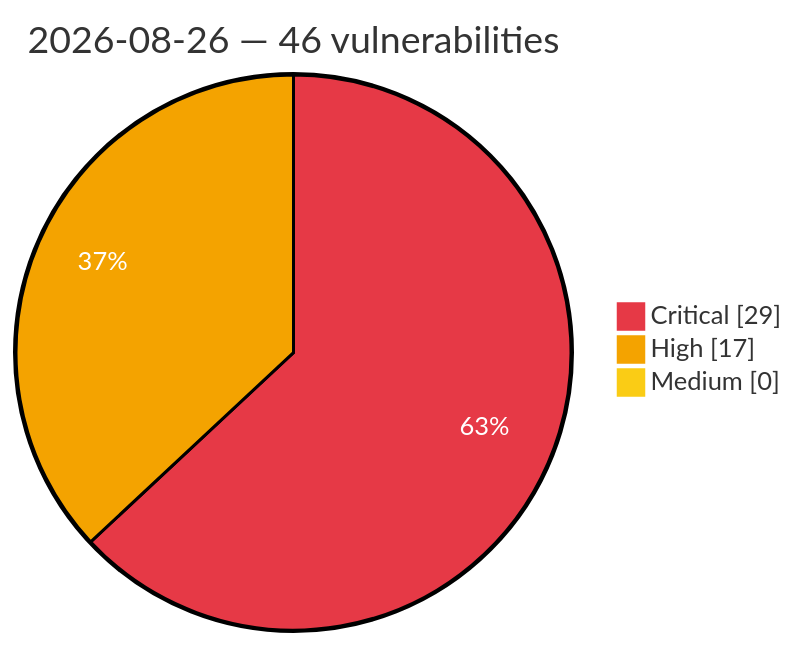
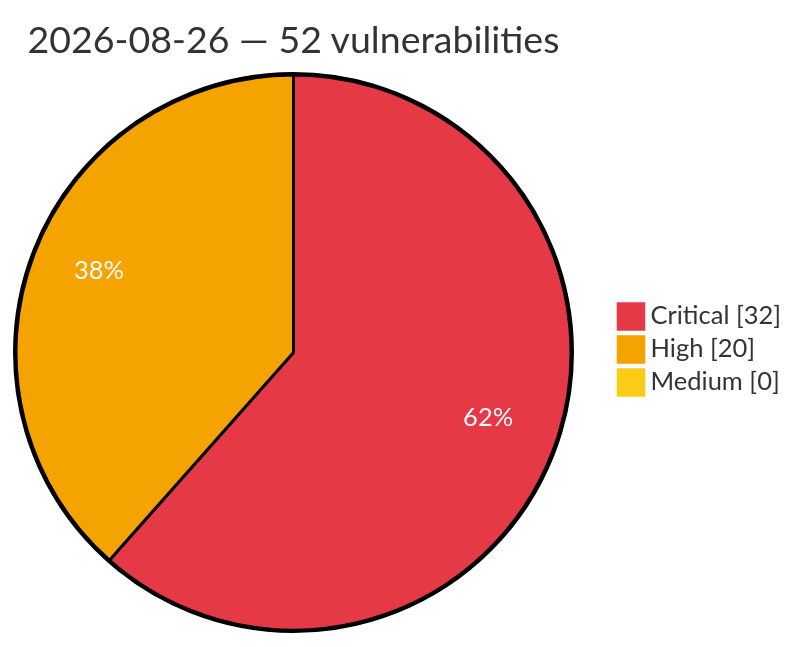
The diagram in vulnerabilities/2026/August/2026-08-26.md (GhostX0X/vuln-tracker), drawn with Mermaid before and after one commit. The commit also changed other lines of this file and 5 other files, not shown here.

Commit message:
Auto update: critical/high vulns (2026-08-26 14:26 UTC)

````diff
--- a/vulnerabilities/2026/August/2026-08-26.md
+++ b/vulnerabilities/2026/August/2026-08-26.md
@@ -3,8 +3,8 @@
 ```mermaid
 %%{init: {'theme':'base', 'themeVariables': {'pie1':'#e63946', 'pie2':'#f4a300', 'pie3':'#facc15', 'pieOpacity':'1', 'pieOuterStrokeWidth':'2px', 'pieSectionTextColor':'#ffffff'}}}%%
 pie showData
-    title 2026-08-26 — 46 vulnerabilities
-    "Critical" : 29
-    "High" : 17
+    title 2026-08-26 — 52 vulnerabilities
+    "Critical" : 32
+    "High" : 20
     "Medium" : 0
 ```
````
